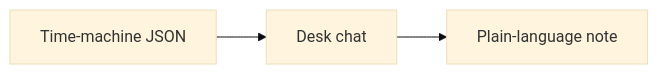
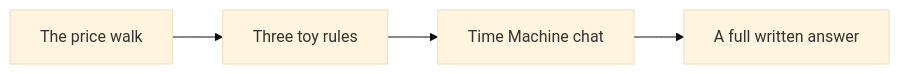
One commit to 9lordisgod/mercedes-signal changed the third of 3 diagrams in docs/MODEL.md. Above: the diagram before and after it, drawn with Mermaid (base theme). The commit also changed other lines of this file and 2 other files, not shown here.

Commit message:
Note the paid Time Machine chat in basic words
No internals. Testers chat in Telegram. Paid members can ask
the tape in a chat box.

````diff
--- a/docs/MODEL.md
+++ b/docs/MODEL.md
@@ -108,5 +106,6 @@
 ```mermaid
 flowchart LR
-  json[Time-machine JSON] --> desk[Desk chat]
-  desk --> words[Plain-language note]
+  walk[The price walk] --> rules[Three toy rules]
+  rules --> chat[Time Machine chat]
+  chat --> words[A full written answer]
 ```
````
